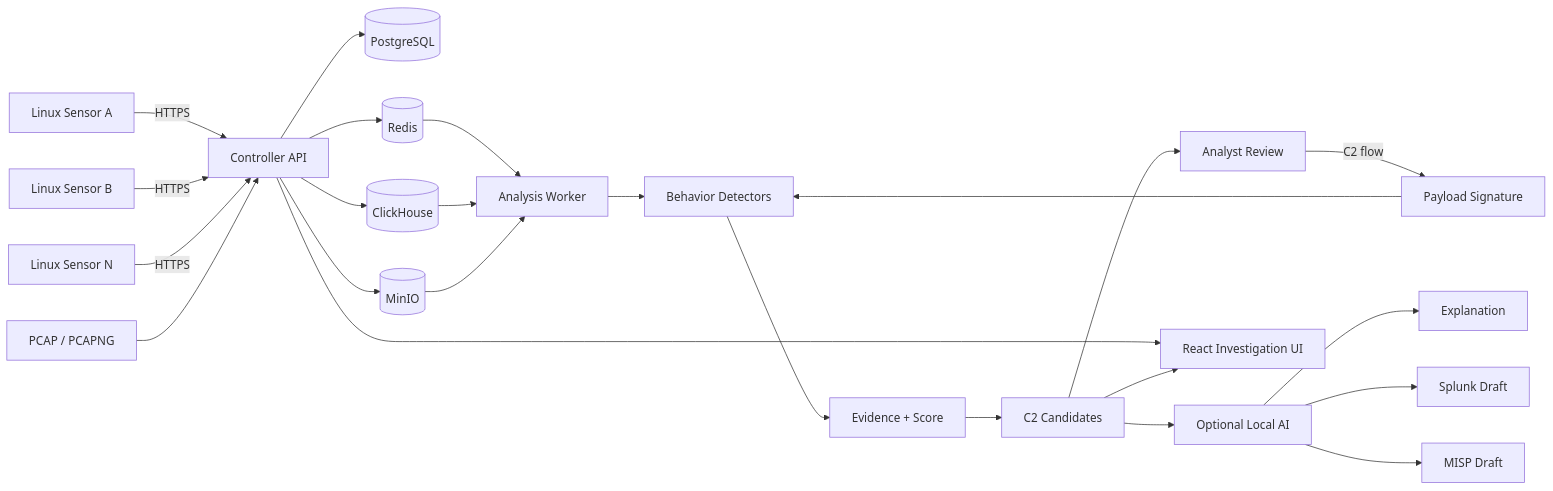
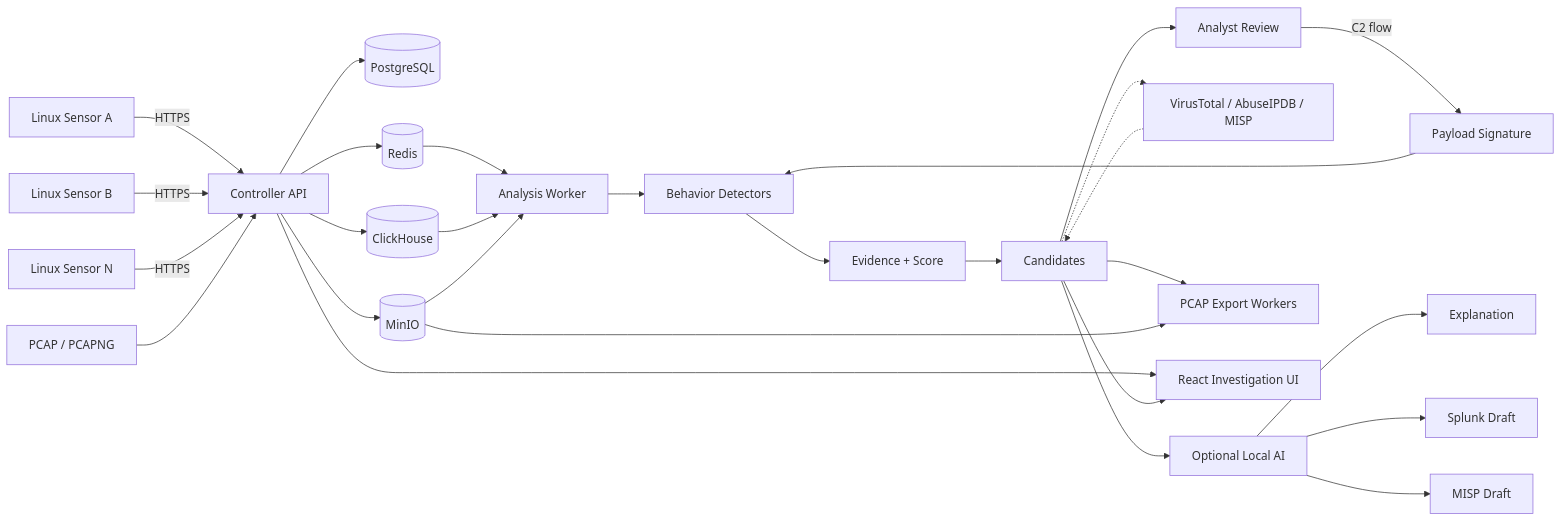
One commit to piecer/c2hunter changed the first of 2 diagrams in README.md. Above: the diagram before and after it, drawn with Mermaid. The commit also changed other lines of this file and 2 other files, not shown here.

````diff
--- a/README.md
+++ b/README.md
@@ -102,32 +104,38 @@
 ```mermaid
 flowchart LR
     S1[Linux Sensor A] -->|HTTPS| C[Controller API]
     S2[Linux Sensor B] -->|HTTPS| C
     S3[Linux Sensor N] -->|HTTPS| C
     P[PCAP / PCAPNG] --> C
 
     C --> PG[(PostgreSQL)]
     C --> CH[(ClickHouse)]
     C --> M[(MinIO)]
     C --> R[(Redis)]
 
     R --> W[Analysis Worker]
     CH --> W
     M --> W
 
     W --> D[Behavior Detectors]
     D --> E[Evidence + Score]
-    E --> K[C2 Candidates]
+    E --> K[Candidates]
     K --> A[Analyst Review]
+
+    K -.-> TI[VirusTotal / AbuseIPDB / MISP]
+    TI -.-> K
 
     A -->|C2 flow| PS[Payload Signature]
     PS --> D
 
     K --> AI[Optional Local AI]
     AI --> X[Explanation]
     AI --> SPL[Splunk Draft]
     AI --> MI[MISP Draft]
 
+    K --> EX[PCAP Export Workers]
+    M --> EX
+
     C --> UI[React Investigation UI]
     K --> UI
 ```
````
